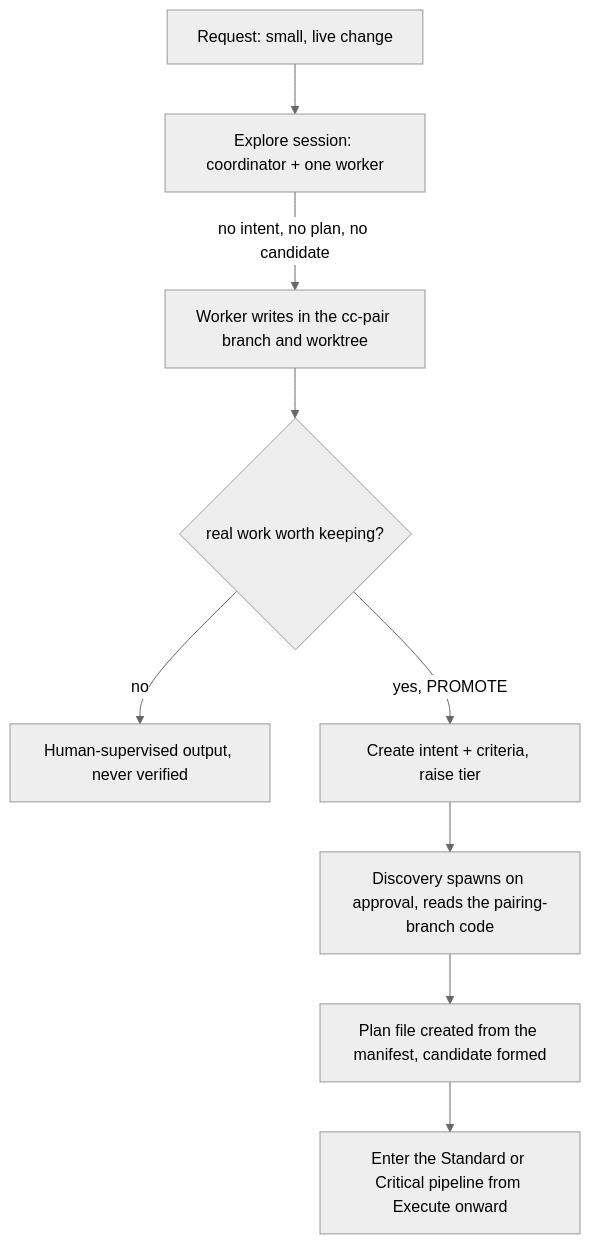
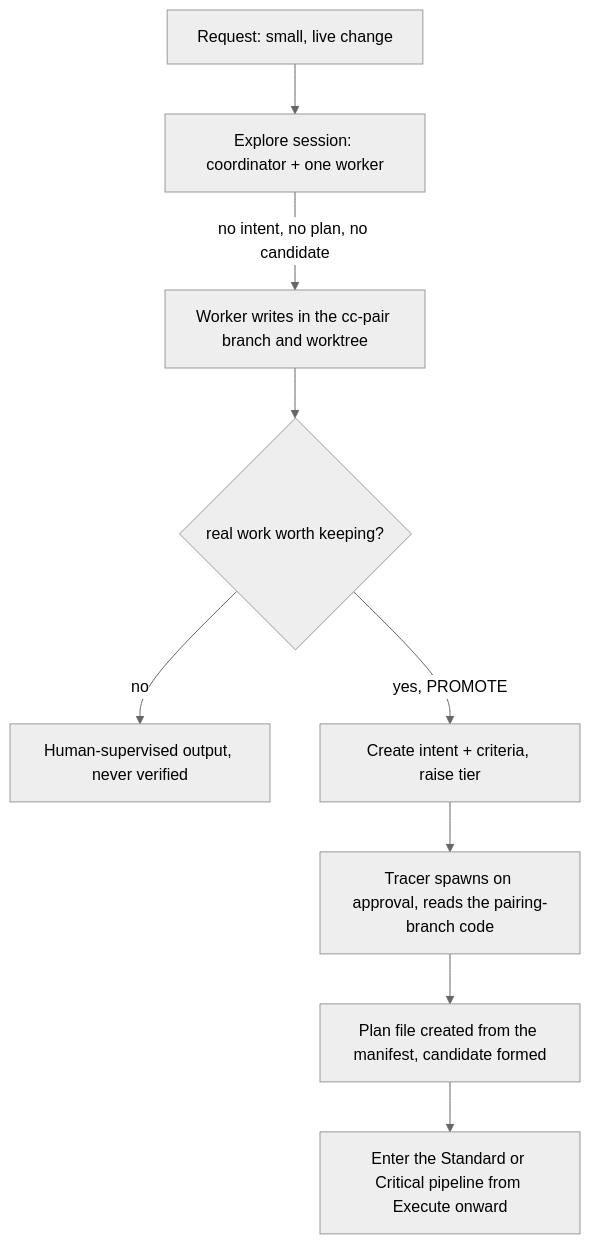
The second of 7 diagrams in sources/context-circuit-v1.0/diagrams.md (kaotypr/context-circuit-source), drawn with Mermaid (neutral theme) before and after one commit. The commit also changed other lines of this file and 24 other files, not shown here.

First line of the commit message:
docs(sources): reframe v1.0 study around feasibility, rename discovery to tracer

````diff
--- a/sources/context-circuit-v1.0/diagrams.md
+++ b/sources/context-circuit-v1.0/diagrams.md
@@ -60,11 +59,11 @@
 ```mermaid
 flowchart TD
     R[Request: small, live change] --> EX[Explore session: coordinator + one worker]
     EX -->|no intent, no plan, no candidate| WRK[Worker writes in the cc-pair branch and worktree]
     WRK --> Q{real work worth keeping?}
     Q -->|no| ENDS[Human-supervised output, never verified]
     Q -->|yes, PROMOTE| ATT[Create intent + criteria, raise tier]
-    ATT --> DISC[Discovery spawns on approval, reads the pairing-branch code]
+    ATT --> DISC[Tracer spawns on approval, reads the pairing-branch code]
     DISC --> MADE[Plan file created from the manifest, candidate formed]
     MADE --> STD[Enter the Standard or Critical pipeline from Execute onward]
 ```
````
